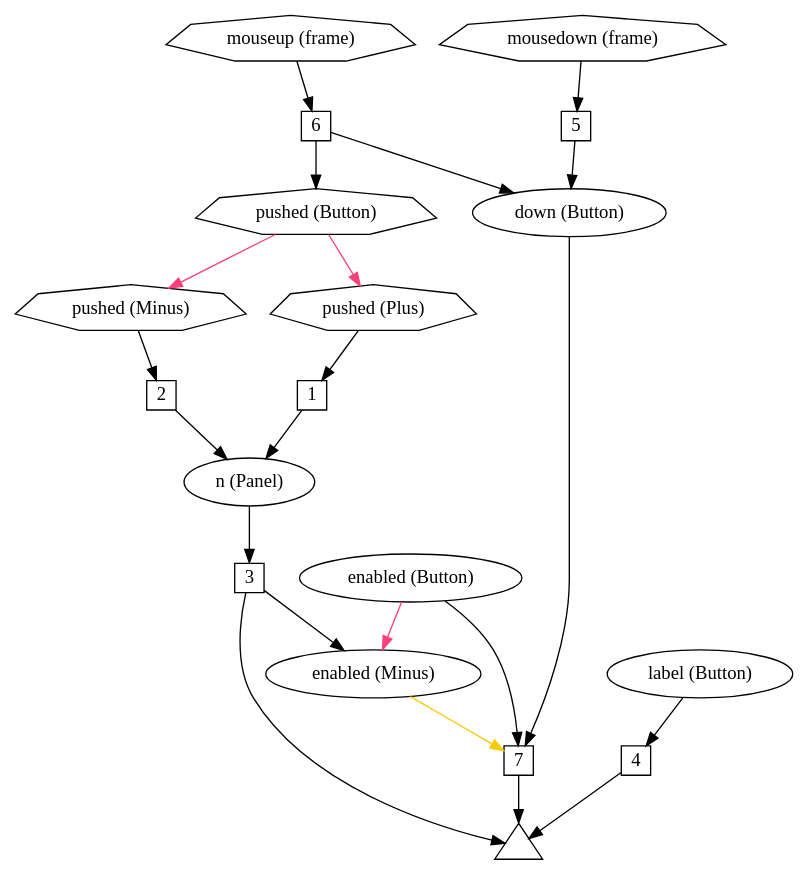
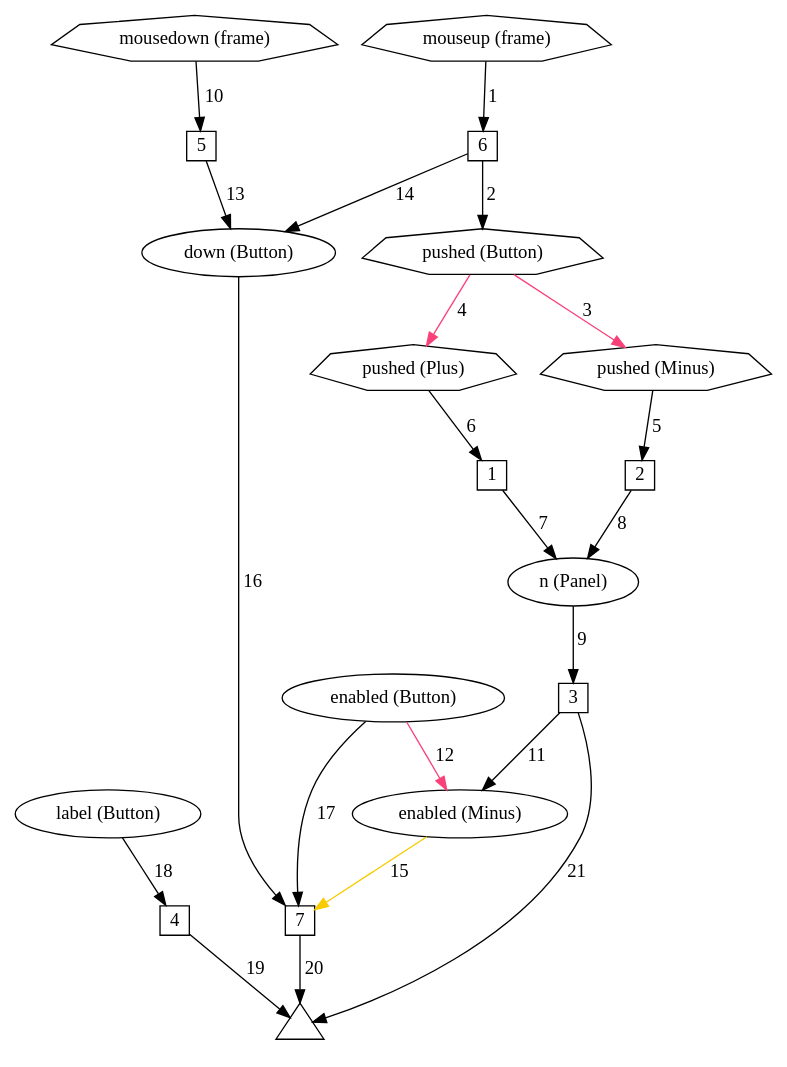
The diagram in spec/fig/graph-panel.gv (bendr/bender), drawn with Graphviz before and after one commit. The commit also changed 13 other files, not shown here.

```diff
--- a/spec/fig/graph-panel.gv
+++ b/spec/fig/graph-panel.gv
@@ -1,55 +1,46 @@
 digraph bender {
   node [fontname="Avenir Next"];
   edge [fontname="Avenir Next"];
 
   t [label="", shape=triangle, fixedsize=true, width=0.5];
-
+  w4 [label="4", shape=square, fixedsize=true, width=0.3];
+  label [label="label (Button)"];
+  w5 [label="5", shape=square, fixedsize=true, width=0.3];
+  mousedown [label="mousedown (frame)", shape=septagon];
+  down [label="down (Button)"];
+  w6 [label="6", shape=square, fixedsize=true, width=0.3];
+  mouseup [label="mouseup (frame)", shape=septagon];
+  pushed [label="pushed (Button)", shape=septagon];
+  w7 [label="7", shape=square, fixedsize=true, width=0.3];
+  enabled [label="enabled (Button)"];
+  w1 [label="1", shape=square, fixedsize=true, width=0.3];
   ppushed [label="pushed (Plus)", shape=septagon];
-  w1 [label="1", shape=square, fixedsize=true, width=0.3];
-  ppushed -> w1;
-  w1 -> n;
-
+  n [label="n (Panel)"];
+  w2 [label="2", shape=square, fixedsize=true, width=0.3];
   mpushed [label="pushed (Minus)", shape=septagon];
-  w2 [label="2", shape=square, fixedsize=true, width=0.3];
-  mpushed -> w2;
-  w2 -> n;
-
-  n [label="n (Panel)"];
   w3 [label="3", shape=square, fixedsize=true, width=0.3];
   menabled [label="enabled (Minus)"];
-  n -> w3
-  w3 -> t
-  w3 -> menabled
 
-
-  label [label="label (Button)"];
-  w4 [label="4", shape=square, fixedsize=true, width=0.3];
-  label -> w4;
-  w4 -> t;
-
-  mousedown [label="mousedown (frame)", shape=septagon];
-  w5 [label="5", shape=square, fixedsize=true, width=0.3];
-  down [label="down (Button)"];
-  mousedown -> w5;
-  w5 -> down;
-
-  mouseup [label="mouseup (frame)", shape=septagon];
-  w6 [label="6", shape=square, fixedsize=true, width=0.3];
-  mouseup -> w6;
-  w6 -> down;
-  w6 -> pushed;
-
-  pushed [label="pushed (Button)", shape=septagon];
-  pushed -> ppushed [color="#f94179"];
-  pushed -> mpushed [color="#f94179"];
-
-  enabled [label="enabled (Button)"];
-  w7 [label="7", shape=square, fixedsize=true, width=0.3];
-  down -> w7;
-  enabled -> w7;
-  menabled -> w7 [color="#f8ca00"];
-  enabled -> menabled [color="#f94179"];
-  w7 -> t;
-
+  mouseup -> w6 [label=" 1"];
+  w6 -> pushed [label=" 2"];
+  pushed -> mpushed [label=" 3", color="#f94179"];
+  pushed -> ppushed [label=" 4", color="#f94179"];
+  mpushed -> w2 [label=" 5"];
+  ppushed -> w1 [label=" 6"];
+  w1 -> n [label=" 7"];
+  w2 -> n [label=" 8"];
+  n -> w3 [label=" 9"];
+  mousedown -> w5 [label=" 10"];
+  w3 -> menabled [label=" 11"];
+  enabled -> menabled [label=" 12", color="#f94179"];
+  w5 -> down [label=" 13"];
+  w6 -> down [label=" 14"];
+  menabled -> w7 [label=" 15", color="#f8ca00"];
+  down -> w7 [label=" 16"];
+  enabled -> w7 [label=" 17"];
+  label -> w4 [label=" 18"];
+  w4 -> t [label=" 19"];
+  w7 -> t [label=" 20"];
+  w3 -> t [label=" 21"];
 
 }
```
